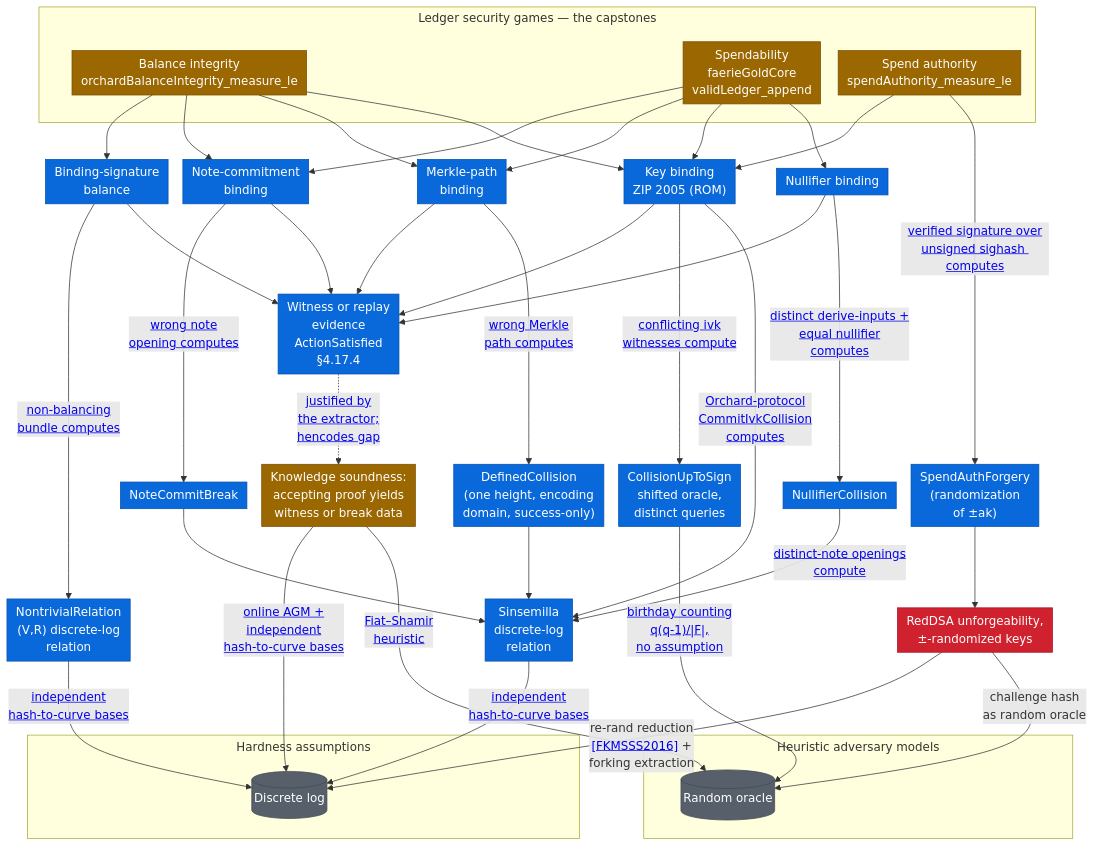
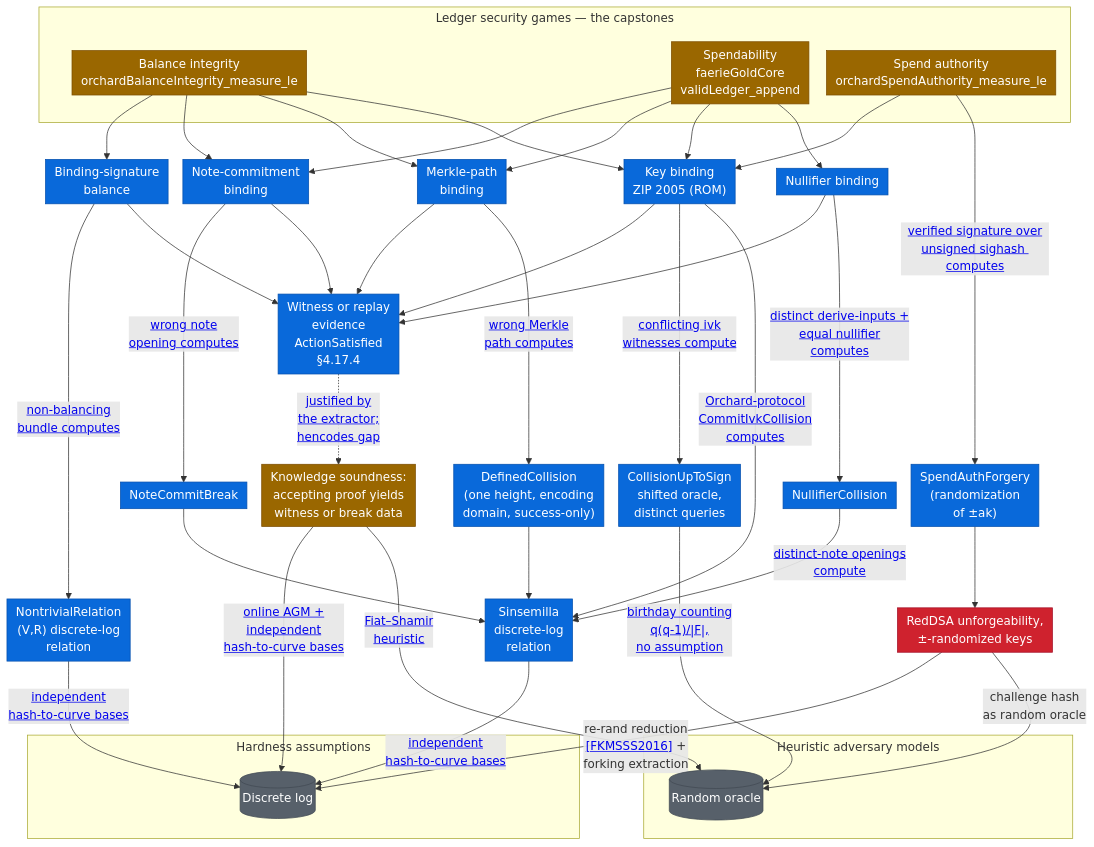
One commit to daira/ironwood changed the diagram in book/src/formal-verification/security-definitions.md. Above: the diagram before and after it, drawn with Mermaid. The commit also changed 2 other files, not shown here.

Commit message:
fv: the Orchard Spend Authority probability bound
`orchardSpendAuthorityOrRelation` composes the key-binding break's
conversion into the Spend Authority reduction, and
`orchardSpendAuthorityRelationEvent` is that reduction's relation-branch
preimage. `orchardSpendAuthority_measure_le` bounds the Spend Authority
violation by the forgery arm's ε plus a bound on the relation event — a
discrete-log-relation advantage at the `CommitIvk` bases, with no oracle
model — via the containment `spendAuthorityBreakEvent_subset_relation`.
The forgery arm's ε is RedDSA ±-randomized unforgeability, a named
hypothesis.

The book's connected-picture Spend authority node names the Orchard
capstone.

```diff
--- a/book/src/formal-verification/security-definitions.md
+++ b/book/src/formal-verification/security-definitions.md
@@ -33,7 +33,7 @@
   subgraph GAMES["Ledger security games — the capstones"]
     BAL["Balance integrity<br/>orchardBalanceIntegrity_measure_le"]
     SPEND["Spendability<br/>faerieGoldCore<br/>validLedger_append"]
-    SPENDAUTH["Spend authority<br/>spendAuthority_measure_le"]
+    SPENDAUTH["Spend authority<br/>orchardSpendAuthority_measure_le"]
   end
 
   BAL --> BS["Binding-signature<br/>balance"]
```
